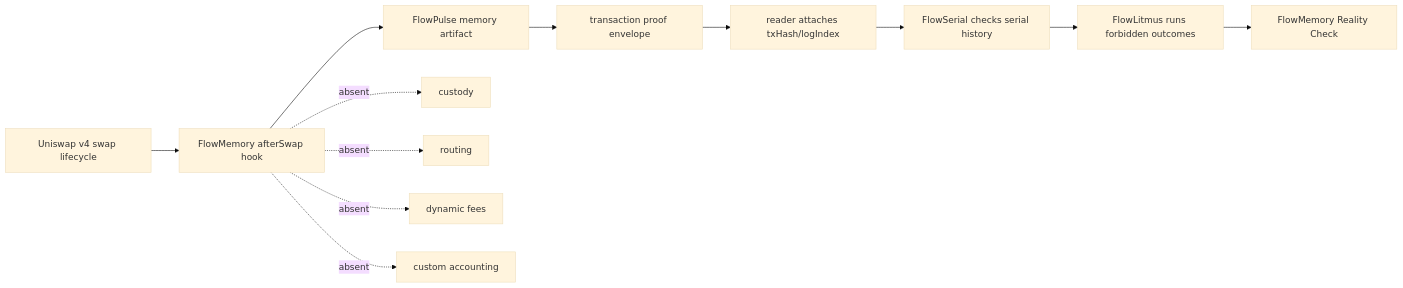
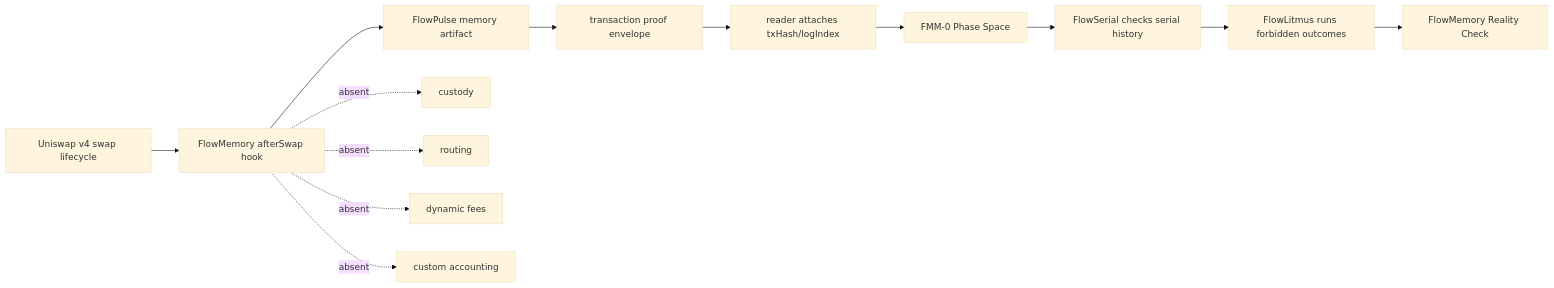
One commit to FlowmemoryAI/flowmemory-uniswap-v4-hooks changed the diagram in docs/LAUNCH_REALITY_CHECK.md. Above: the diagram before and after it, drawn with Mermaid (base theme). The commit also changed other lines of this file and 38 other files, not shown here.

Commit message:
Add FMM-0 phase space artifact

````diff
--- a/docs/LAUNCH_REALITY_CHECK.md
+++ b/docs/LAUNCH_REALITY_CHECK.md
@@ -68,15 +78,16 @@
 ```mermaid
 flowchart LR
     Swap["Uniswap v4 swap lifecycle"] --> Hook["FlowMemory afterSwap hook"]
     Hook --> Pulse["FlowPulse memory artifact"]
     Pulse --> Receipt["transaction proof envelope"]
     Receipt --> Reader["reader attaches txHash/logIndex"]
-    Reader --> Serial["FlowSerial checks serial history"]
+    Reader --> Phase["FMM-0 Phase Space"]
+    Phase --> Serial["FlowSerial checks serial history"]
     Serial --> Litmus["FlowLitmus runs forbidden outcomes"]
     Litmus --> Check["FlowMemory Reality Check"]
 
     Hook -. absent .-> Custody["custody"]
     Hook -. absent .-> Routing["routing"]
     Hook -. absent .-> Fees["dynamic fees"]
     Hook -. absent .-> Accounting["custom accounting"]
 ```
````
